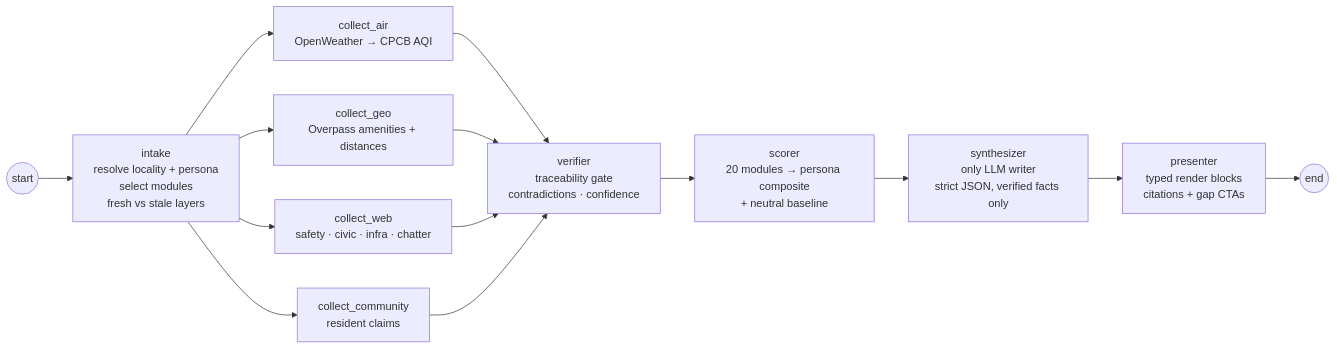
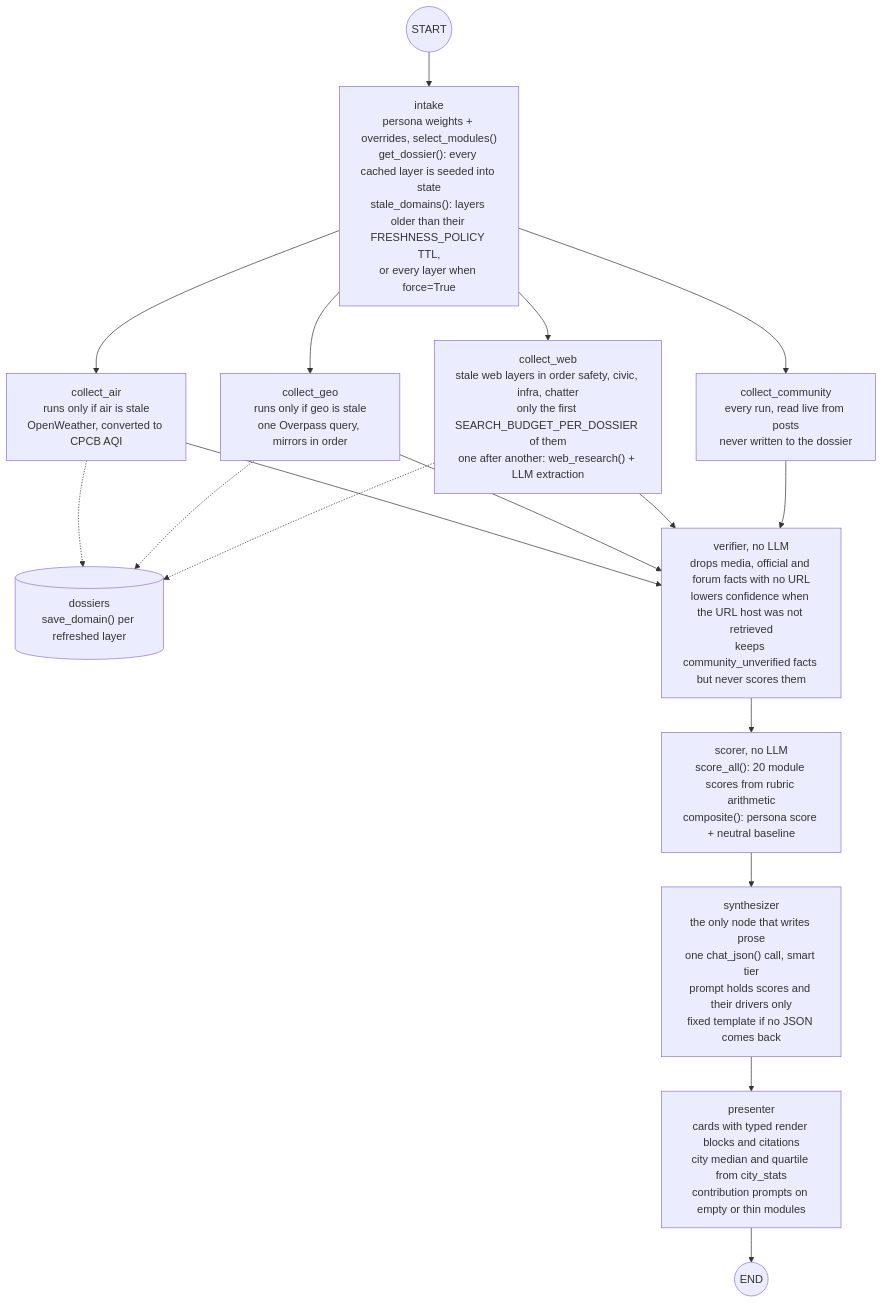
One commit to Pranay0083/LocalIQ changed the diagram in project/diagrams/agent-graph.mmd. Above: the diagram before and after it, drawn with Mermaid. The commit also changed 79 other files, not shown here.

First line of the commit message:
Rewrite project docs, diagrams and screenshots against the code

```diff
--- a/project/diagrams/agent-graph.mmd
+++ b/project/diagrams/agent-graph.mmd
@@ -1,20 +1,28 @@
-flowchart LR
-    START((start)) --> INTAKE
+flowchart TB
+    S(("START")) --> INTAKE["intake<br/>persona weights + overrides, select_modules()<br/>get_dossier(): every cached layer is seeded into state<br/>stale_domains(): layers older than their FRESHNESS_POLICY TTL,<br/>or every layer when force=True"]
 
-    INTAKE["intake<br/>resolve locality + persona<br/>select modules<br/>fresh vs stale layers"]
+    INTAKE --> AIR
+    INTAKE --> GEO
+    INTAKE --> WEB
+    INTAKE --> COM
 
-    INTAKE --> AIR["collect_air<br/>OpenWeather → CPCB AQI"]
-    INTAKE --> GEO["collect_geo<br/>Overpass amenities + distances"]
-    INTAKE --> WEB["collect_web<br/>safety · civic · infra · chatter"]
-    INTAKE --> COM["collect_community<br/>resident claims"]
+    AIR["collect_air<br/>runs only if air is stale<br/>OpenWeather, converted to CPCB AQI"]
+    GEO["collect_geo<br/>runs only if geo is stale<br/>one Overpass query, mirrors in order"]
+    WEB["collect_web<br/>stale web layers in order safety, civic, infra, chatter<br/>only the first SEARCH_BUDGET_PER_DOSSIER of them<br/>one after another: web_research() + LLM extraction"]
+    COM["collect_community<br/>every run, read live from posts<br/>never written to the dossier"]
+
+    DOS[("dossiers<br/>save_domain() per refreshed layer")]
+    AIR -.-> DOS
+    GEO -.-> DOS
+    WEB -.-> DOS
 
     AIR --> VER
     GEO --> VER
     WEB --> VER
     COM --> VER
 
-    VER["verifier<br/>traceability gate<br/>contradictions · confidence"]
-    VER --> SCO["scorer<br/>20 modules → persona composite<br/>+ neutral baseline"]
-    SCO --> SYN["synthesizer<br/>only LLM writer<br/>strict JSON, verified facts only"]
-    SYN --> PRE["presenter<br/>typed render blocks<br/>citations + gap CTAs"]
-    PRE --> END((end))
+    VER["verifier, no LLM<br/>drops media, official and forum facts with no URL<br/>lowers confidence when the URL host was not retrieved<br/>keeps community_unverified facts but never scores them"]
+    VER --> SCO["scorer, no LLM<br/>score_all(): 20 module scores from rubric arithmetic<br/>composite(): persona score + neutral baseline"]
+    SCO --> SYN["synthesizer<br/>the only node that writes prose<br/>one chat_json() call, smart tier<br/>prompt holds scores and their drivers only<br/>fixed template if no JSON comes back"]
+    SYN --> PRE["presenter<br/>cards with typed render blocks and citations<br/>city median and quartile from city_stats<br/>contribution prompts on empty or thin modules"]
+    PRE --> E(("END"))
```
